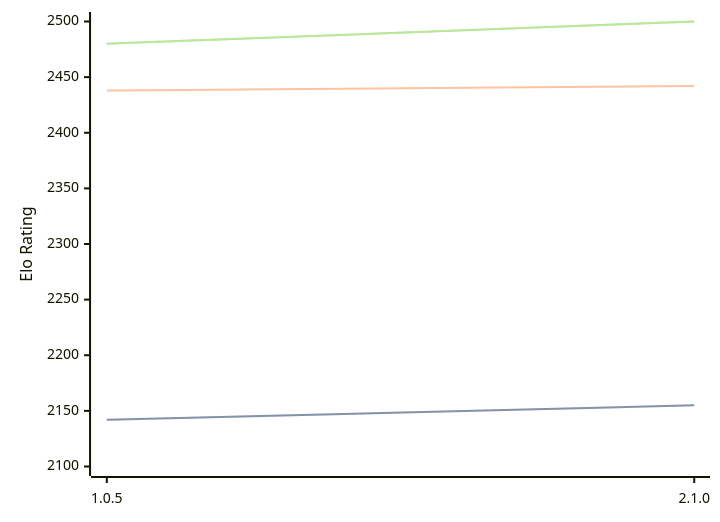
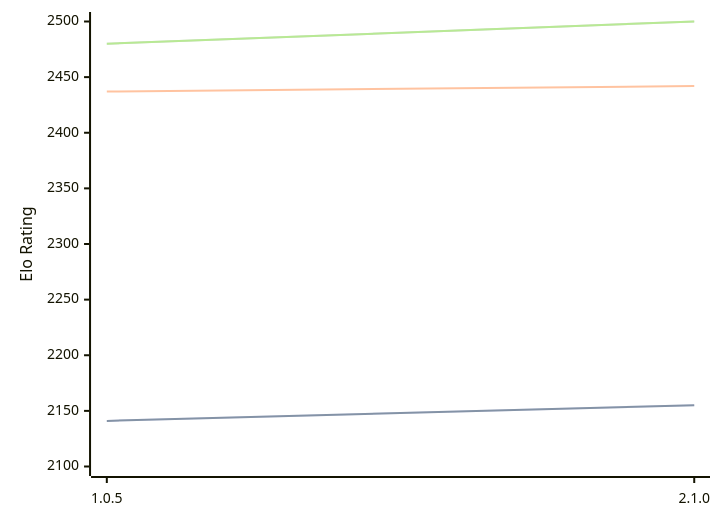
One commit to computer-chess-index/cci changed the diagram in engines/Ruffian.md. Above: the diagram before and after it, drawn with Mermaid. The commit also changed other lines of this file, not shown here.

````diff
--- a/engines/Ruffian.md
+++ b/engines/Ruffian.md
@@ -32,11 +32,11 @@
 ```mermaid
 %%{init: {"theme":"base","themeVariables":{"seriesColors:['#a3a3a3','#222221','#faa371']}}}%%
 xychart-beta
   x-axis ["1.0.5", "2.1.0"]
   y-axis "Elo Rating" 2100 --> 2500
-  line "" [2142, 2155]
-  line "STC (8.0+0.08s)" [2142, 2155]
-  line "LTC (60.0+0.60s)" [2438, 2442]
+  line "" [2141, 2155]
+  line "STC (8.0+0.08s)" [2141, 2155]
+  line "LTC (60.0+0.60s)" [2437, 2442]
   line "" [2480, 2500]
   line "VLTC (2m24s+1.12s)" [2480, 2500]
 ```
````
